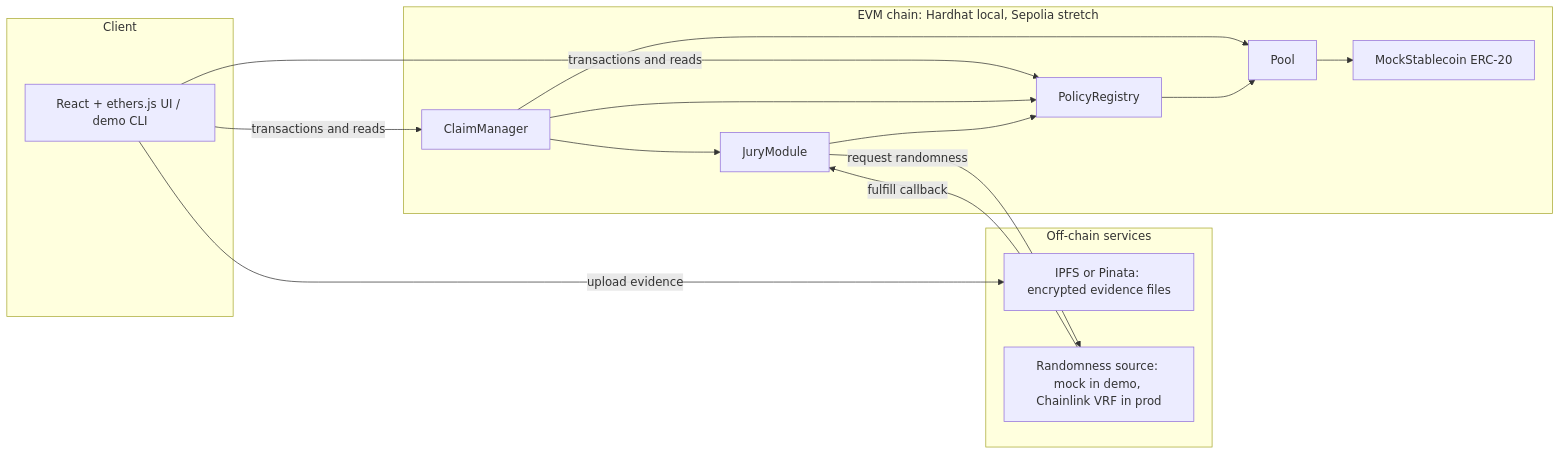
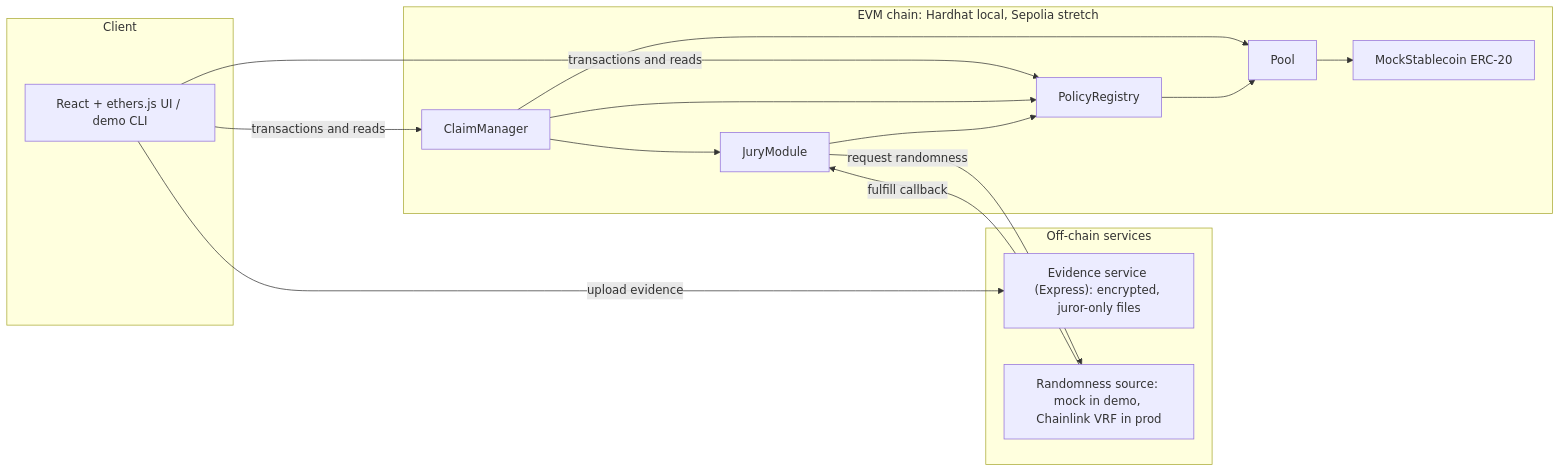
One commit to StephanieNgu/trust-pool changed the first of 5 diagrams in docs/design-doc.md. Above: the diagram before and after it, drawn with Mermaid. The commit also changed other lines of this file and 17 other files, not shown here.

````diff
--- a/docs/design-doc.md
+++ b/docs/design-doc.md
@@ -15,31 +15,31 @@
 ```mermaid
 flowchart LR
     subgraph Client
         UI["React + ethers.js UI / demo CLI"]
     end
 
     subgraph OffChain["Off-chain services"]
-        IPFS["IPFS or Pinata: encrypted evidence files"]
+        IPFS["Evidence service (Express): encrypted, juror-only files"]
         RNG["Randomness source: mock in demo, Chainlink VRF in prod"]
     end
 
     subgraph OnChain["EVM chain: Hardhat local, Sepolia stretch"]
         PR["PolicyRegistry"]
         POOL["Pool"]
         CM["ClaimManager"]
         JM["JuryModule"]
         TOK["MockStablecoin ERC-20"]
     end
 
     UI -->|"upload evidence"| IPFS
     UI -->|"transactions and reads"| PR
     UI -->|"transactions and reads"| CM
     CM --> PR
     CM --> JM
     CM --> POOL
     JM --> PR
     JM -->|"request randomness"| RNG
     RNG -->|"fulfill callback"| JM
     POOL --> TOK
     PR --> POOL
 ```
````
